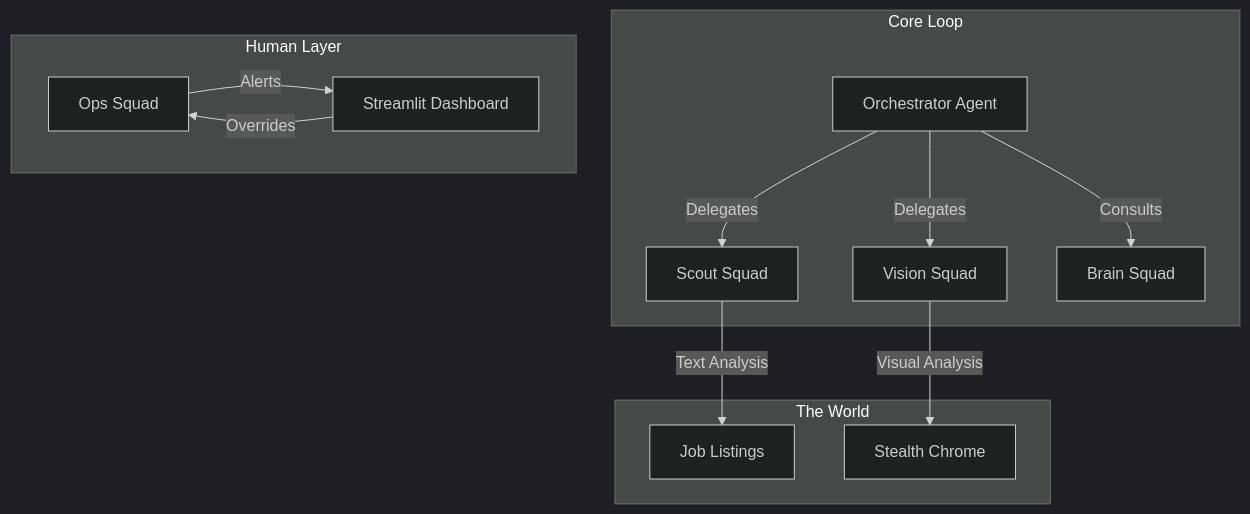
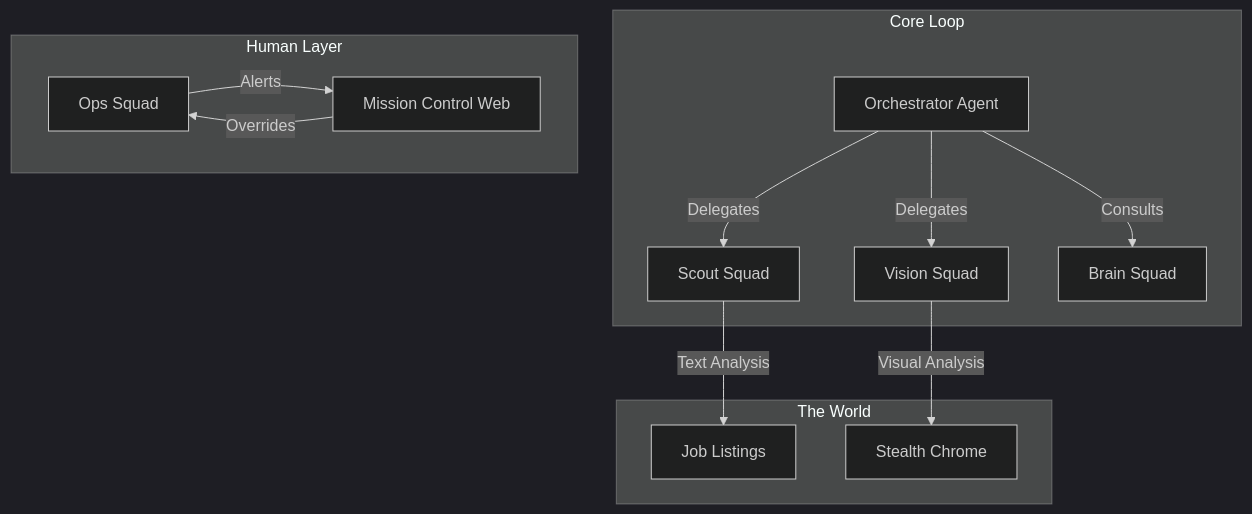
One commit to Nwokike/project-commuter changed the diagram in ARCHITECTURE.md. Above: the diagram before and after it, drawn with Mermaid (dark theme). The commit also changed 13 other files, not shown here.

````diff
--- a/ARCHITECTURE.md
+++ b/ARCHITECTURE.md
@@ -9,20 +9,20 @@
 ```mermaid
 graph TD
     subgraph "Core Loop"
         Orch[Orchestrator Agent] -->|Delegates| Scout[Scout Squad]
         Orch -->|Delegates| Nav[Vision Squad]
         Orch -->|Consults| Brain[Brain Squad]
     end
 
     subgraph "The World"
         Scout -->|Text Analysis| JobBoard[Job Listings]
         Nav -->|Visual Analysis| Browser[Stealth Chrome]
     end
 
     subgraph "Human Layer"
-        Ops[Ops Squad] -->|Alerts| UI[Streamlit Dashboard]
+        Ops[Ops Squad] -->|Alerts| UI[Mission Control Web]
         UI -->|Overrides| Ops
     end
 
 
 ```
````
